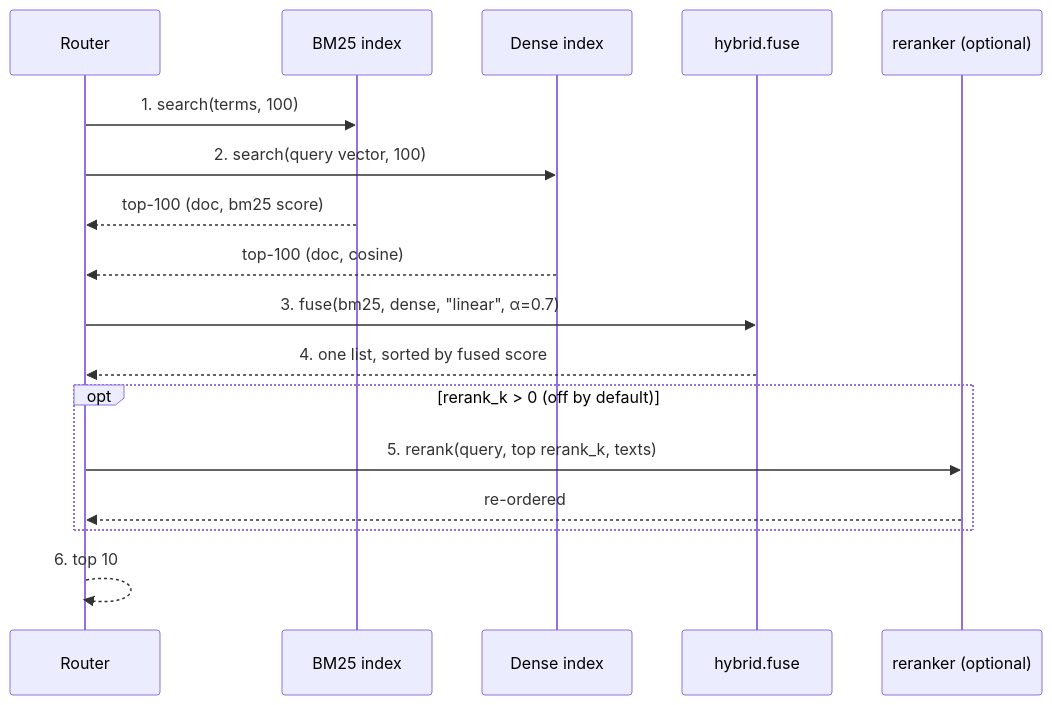
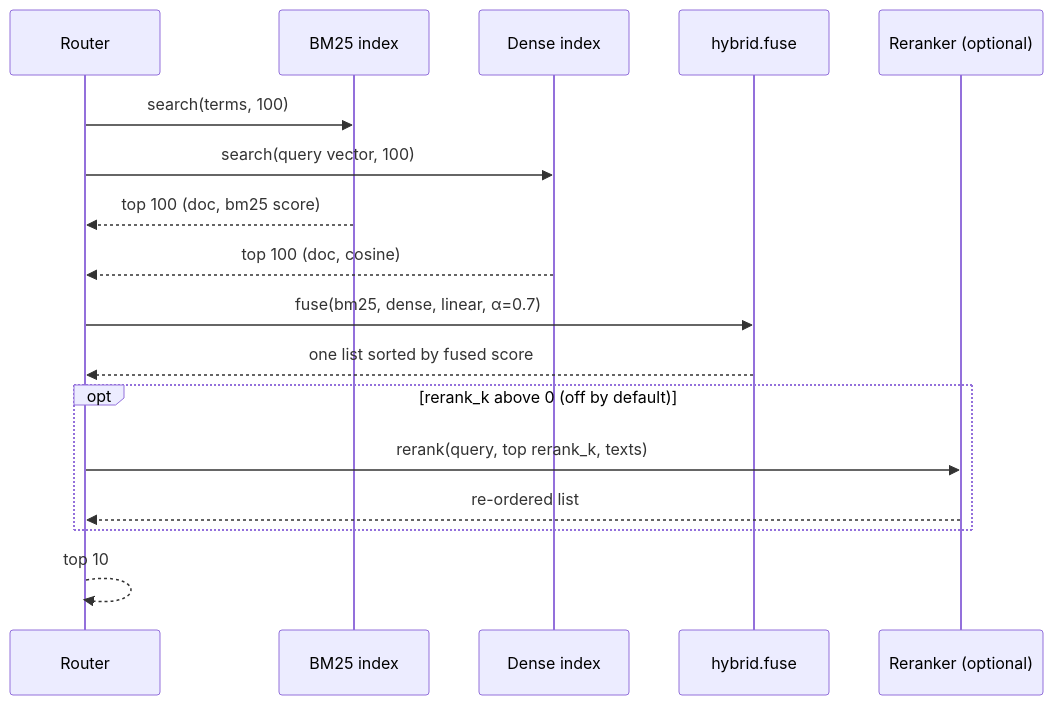
One commit to node31/fiqa-agentic-retrieval changed the third of 3 diagrams in docs/from_zero/05_hybrid_and_reranking.md. Above: the diagram before and after it, drawn with Mermaid. The commit also changed other lines of this file and 9 other files, not shown here.

````diff
--- a/docs/from_zero/05_hybrid_and_reranking.md
+++ b/docs/from_zero/05_hybrid_and_reranking.md
@@ -211,19 +152,19 @@
 ```mermaid
 sequenceDiagram
     participant R as Router
     participant BM as BM25 index
     participant DI as Dense index
     participant H as hybrid.fuse
-    participant CE as reranker (optional)
-    R->>BM: 1. search(terms, 100)
-    R->>DI: 2. search(query vector, 100)
-    BM-->>R: top-100 (doc, bm25 score)
-    DI-->>R: top-100 (doc, cosine)
-    R->>H: 3. fuse(bm25, dense, "linear", α=0.7)
-    H-->>R: 4. one list, sorted by fused score
-    opt rerank_k > 0 (off by default)
-        R->>CE: 5. rerank(query, top rerank_k, texts)
-        CE-->>R: re-ordered
+    participant CE as Reranker (optional)
+    R->>BM: search(terms, 100)
+    R->>DI: search(query vector, 100)
+    BM-->>R: top 100 (doc, bm25 score)
+    DI-->>R: top 100 (doc, cosine)
+    R->>H: fuse(bm25, dense, linear, α=0.7)
+    H-->>R: one list sorted by fused score
+    opt rerank_k above 0 (off by default)
+        R->>CE: rerank(query, top rerank_k, texts)
+        CE-->>R: re-ordered list
     end
-    R-->>R: 6. top 10
+    R-->>R: top 10
 ```
````
